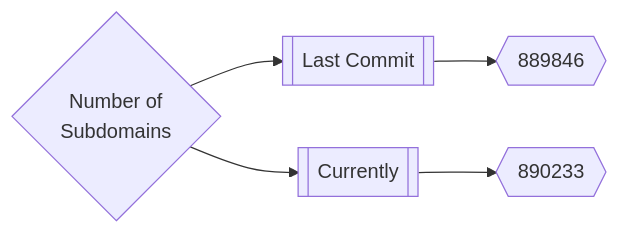
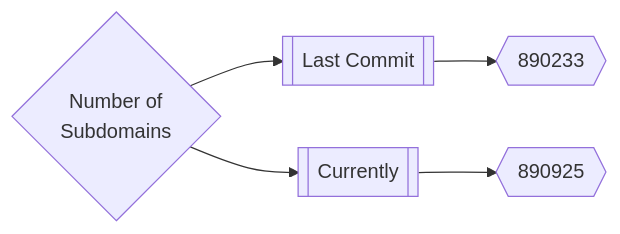
One commit to trickest/inventory changed the first of 3 diagrams in README.md. Above: the diagram before and after it, drawn with Mermaid. The commit also changed other lines of this file, not shown here.

Commit message:
Update README.md Mon Jun 20 20:56:48 UTC 2022

````diff
--- a/README.md
+++ b/README.md
@@ -167,5 +167,5 @@
 ```mermaid
 graph LR
-title{Number of<br>Subdomains} --> subdomainsDate1[[Last Commit]] --> subdomainsNum1{{889846}}
-title --> subdomainsDate2[[Currently]] --> subdomainsNum2{{890233}}
+title{Number of<br>Subdomains} --> subdomainsDate1[[Last Commit]] --> subdomainsNum1{{890233}}
+title --> subdomainsDate2[[Currently]] --> subdomainsNum2{{890925}}
 ```
````
